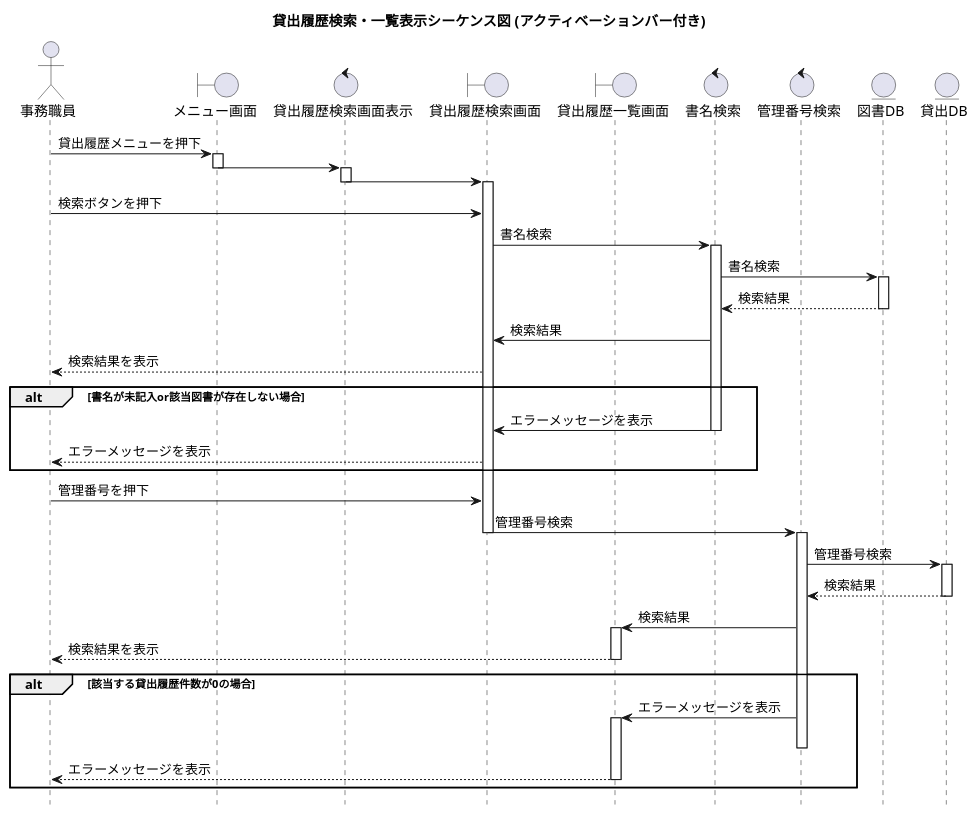
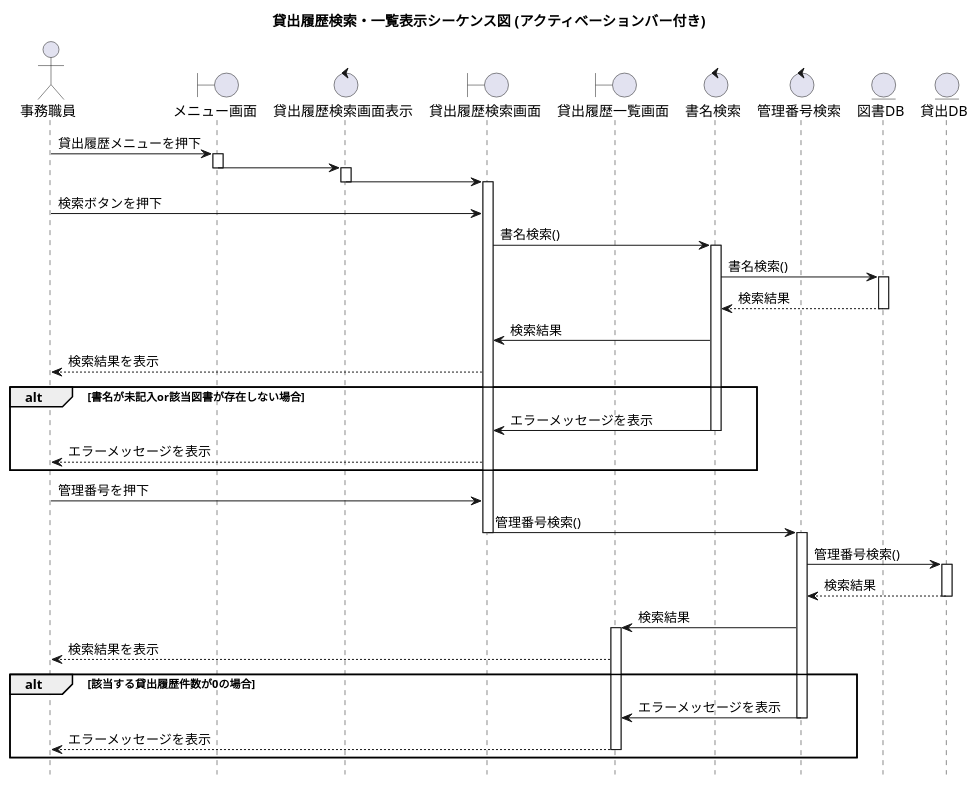
Before and after one commit to FujikawaHirono0520/group3_1_dogdog: the diagram in kouka2/sequense_view.pu, drawn with PlantUML.

Commit message:
閲覧履歴

```diff
--- a/kouka2/sequense_view.pu
+++ b/kouka2/sequense_view.pu
@@ -1,79 +1,77 @@
 @startuml
 title 貸出履歴検索・一覧表示シーケンス図 (アクティベーションバー付き)
 
 ' 図の下部にある参加者名を非表示にします
 hide footbox
 
 ' 参加者の定義
 actor 事務職員
 boundary "メニュー画面" as Menu
 control "貸出履歴検索画面表示" as SearchDisplayControl
 boundary "貸出履歴検索画面" as SearchScreen
 boundary "貸出履歴一覧画面" as ListScreen
 control "書名検索" as TitleSearchControl
 control "管理番号検索" as IdSearchControl
 entity "図書DB" as BookDB
 entity "貸出DB" as LoanDB
 
 
 ' 処理開始
 事務職員 -> Menu : 貸出履歴メニューを押下
 activate Menu
 Menu -> SearchDisplayControl : 
 deactivate Menu
 activate SearchDisplayControl
 SearchDisplayControl -> SearchScreen : 
 deactivate SearchDisplayControl
 activate SearchScreen
 
 ' 1. 書名による検索のフロー
 事務職員 -> SearchScreen : 検索ボタンを押下 
-SearchScreen -> TitleSearchControl : 書名検索
+SearchScreen -> TitleSearchControl : 書名検索()
 activate TitleSearchControl
 
 ' 検索成功ルート
-TitleSearchControl -> BookDB : 書名検索
+TitleSearchControl -> BookDB : 書名検索()
 activate BookDB
 BookDB --> TitleSearchControl : 検索結果
 deactivate BookDB
 TitleSearchControl -> SearchScreen : 検索結果
 SearchScreen --> 事務職員 : 検索結果を表示
 
 ' 検索エラーメッセージ表示ルート
 alt 書名が未記入or該当図書が存在しない場合
     TitleSearchControl -> SearchScreen : エラーメッセージを表示
     deactivate TitleSearchControl
     SearchScreen --> 事務職員 : エラーメッセージを表示
 end
 
 
 ' 2. 管理番号による一覧表示のフロー
 事務職員 -> SearchScreen : 管理番号を押下
-SearchScreen -> IdSearchControl : 管理番号検索
+SearchScreen -> IdSearchControl : 管理番号検索()
 deactivate SearchScreen
 activate IdSearchControl
 
-IdSearchControl -> LoanDB : 管理番号検索
+IdSearchControl -> LoanDB : 管理番号検索()
 activate LoanDB
 LoanDB --> IdSearchControl : 検索結果
 deactivate LoanDB
 
 ' 一覧表示成功ルート
 IdSearchControl -> ListScreen : 検索結果
 activate ListScreen
 ListScreen --> 事務職員 : 検索結果を表示
-deactivate ListScreen
 
 ' 一覧表示エラーメッセージ表示ルート
 alt 該当する貸出履歴件数が0の場合
     IdSearchControl -> ListScreen : エラーメッセージを表示
-    activate ListScreen
     deactivate IdSearchControl
     ListScreen --> 事務職員 : エラーメッセージを表示
     deactivate ListScreen
 end
 
 ' SearchScreen のアクティベーション終了
 deactivate SearchScreen
 
 @enduml
```
